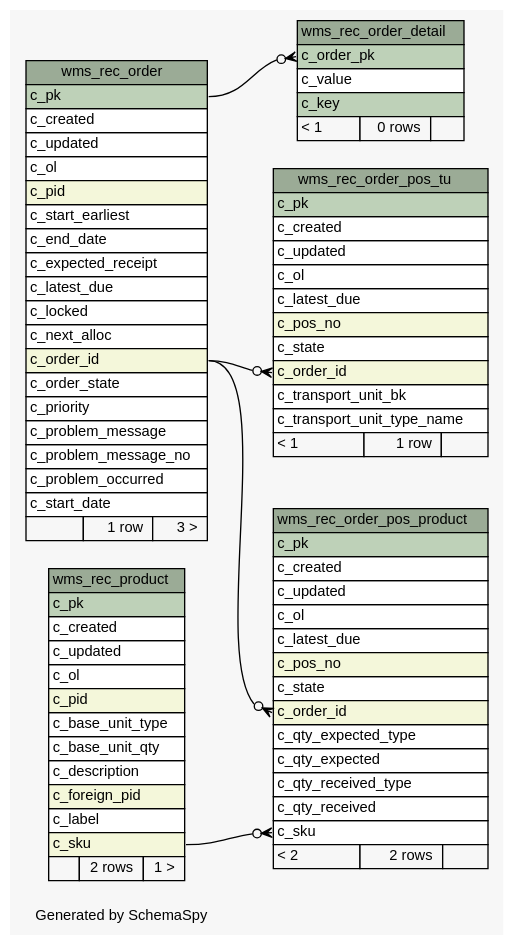
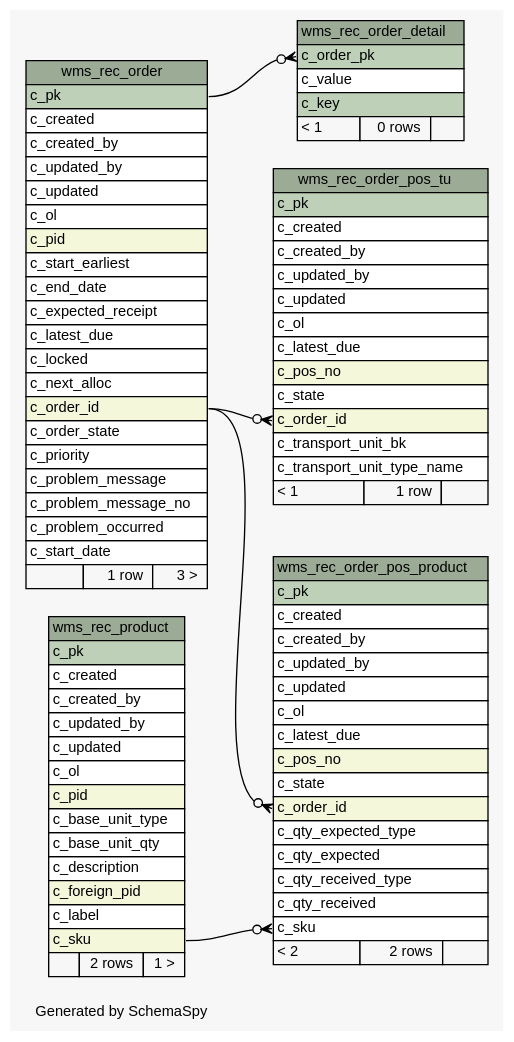
Before and after one commit to openwms/org.openwms.wms.receiving.lib: the diagram in 1.0.0-SNAPSHOT/schemaspy/diagrams/summary/relationships.real.large.dot, drawn with Graphviz. The commit also changed 391 other files, not shown here.

```diff
--- a/1.0.0-SNAPSHOT/schemaspy/diagrams/summary/relationships.real.large.dot
+++ b/1.0.0-SNAPSHOT/schemaspy/diagrams/summary/relationships.real.large.dot
@@ -1,126 +1,134 @@
-// dot 2.43.0 on Linux 5.13.0-1022-azure
+// dot 2.43.0 on Linux 5.13.0-1025-azure
 // SchemaSpy rev Unknown
 digraph "largeRelationshipsDiagram" {
   graph [
     rankdir="RL"
     bgcolor="#f7f7f7"
     label="\nGenerated by SchemaSpy"
     labeljust="l"
     nodesep="0.18"
     ranksep="0.46"
     fontname="Helvetica"
     fontsize="11"
   ];
   node [
     fontname="Helvetica"
     fontsize="11"
     shape="plaintext"
   ];
   edge [
     arrowsize="0.8"
   ];
   "wms_rec_order" [
     label=<
     <TABLE BORDER="0" CELLBORDER="1" CELLSPACING="0" BGCOLOR="#ffffff">
       <TR><TD COLSPAN="3" BGCOLOR="#9bab96" ALIGN="CENTER">wms_rec_order</TD></TR>
       <TR><TD PORT="c_pk" COLSPAN="3" BGCOLOR="#bed1b8" ALIGN="LEFT">c_pk</TD></TR>
       <TR><TD PORT="c_created" COLSPAN="3" ALIGN="LEFT">c_created</TD></TR>
+      <TR><TD PORT="c_created_by" COLSPAN="3" ALIGN="LEFT">c_created_by</TD></TR>
+      <TR><TD PORT="c_updated_by" COLSPAN="3" ALIGN="LEFT">c_updated_by</TD></TR>
       <TR><TD PORT="c_updated" COLSPAN="3" ALIGN="LEFT">c_updated</TD></TR>
       <TR><TD PORT="c_ol" COLSPAN="3" ALIGN="LEFT">c_ol</TD></TR>
       <TR><TD PORT="c_pid" COLSPAN="3" BGCOLOR="#f4f7da" ALIGN="LEFT">c_pid</TD></TR>
       <TR><TD PORT="c_start_earliest" COLSPAN="3" ALIGN="LEFT">c_start_earliest</TD></TR>
       <TR><TD PORT="c_end_date" COLSPAN="3" ALIGN="LEFT">c_end_date</TD></TR>
       <TR><TD PORT="c_expected_receipt" COLSPAN="3" ALIGN="LEFT">c_expected_receipt</TD></TR>
       <TR><TD PORT="c_latest_due" COLSPAN="3" ALIGN="LEFT">c_latest_due</TD></TR>
       <TR><TD PORT="c_locked" COLSPAN="3" ALIGN="LEFT">c_locked</TD></TR>
       <TR><TD PORT="c_next_alloc" COLSPAN="3" ALIGN="LEFT">c_next_alloc</TD></TR>
       <TR><TD PORT="c_order_id" COLSPAN="3" BGCOLOR="#f4f7da" ALIGN="LEFT">c_order_id</TD></TR>
       <TR><TD PORT="c_order_state" COLSPAN="3" ALIGN="LEFT">c_order_state</TD></TR>
       <TR><TD PORT="c_priority" COLSPAN="3" ALIGN="LEFT">c_priority</TD></TR>
       <TR><TD PORT="c_problem_message" COLSPAN="3" ALIGN="LEFT">c_problem_message</TD></TR>
       <TR><TD PORT="c_problem_message_no" COLSPAN="3" ALIGN="LEFT">c_problem_message_no</TD></TR>
       <TR><TD PORT="c_problem_occurred" COLSPAN="3" ALIGN="LEFT">c_problem_occurred</TD></TR>
       <TR><TD PORT="c_start_date" COLSPAN="3" ALIGN="LEFT">c_start_date</TD></TR>
       <TR><TD ALIGN="LEFT" BGCOLOR="#f7f7f7">  </TD><TD ALIGN="RIGHT" BGCOLOR="#f7f7f7">1 row</TD><TD ALIGN="RIGHT" BGCOLOR="#f7f7f7">3 &gt;</TD></TR>
     </TABLE>>
     URL="tables/wms_rec_order.html"
     tooltip="wms_rec_order"
   ];
   "wms_rec_order_detail" [
     label=<
     <TABLE BORDER="0" CELLBORDER="1" CELLSPACING="0" BGCOLOR="#ffffff">
       <TR><TD COLSPAN="3" BGCOLOR="#9bab96" ALIGN="CENTER">wms_rec_order_detail</TD></TR>
       <TR><TD PORT="c_order_pk" COLSPAN="3" BGCOLOR="#bed1b8" ALIGN="LEFT">c_order_pk</TD></TR>
       <TR><TD PORT="c_value" COLSPAN="3" ALIGN="LEFT">c_value</TD></TR>
       <TR><TD PORT="c_key" COLSPAN="3" BGCOLOR="#bed1b8" ALIGN="LEFT">c_key</TD></TR>
       <TR><TD ALIGN="LEFT" BGCOLOR="#f7f7f7">&lt; 1</TD><TD ALIGN="RIGHT" BGCOLOR="#f7f7f7">0 rows</TD><TD ALIGN="RIGHT" BGCOLOR="#f7f7f7">  </TD></TR>
     </TABLE>>
     URL="tables/wms_rec_order_detail.html"
     tooltip="wms_rec_order_detail"
   ];
   "wms_rec_order_pos_product" [
     label=<
     <TABLE BORDER="0" CELLBORDER="1" CELLSPACING="0" BGCOLOR="#ffffff">
       <TR><TD COLSPAN="3" BGCOLOR="#9bab96" ALIGN="CENTER">wms_rec_order_pos_product</TD></TR>
       <TR><TD PORT="c_pk" COLSPAN="3" BGCOLOR="#bed1b8" ALIGN="LEFT">c_pk</TD></TR>
       <TR><TD PORT="c_created" COLSPAN="3" ALIGN="LEFT">c_created</TD></TR>
+      <TR><TD PORT="c_created_by" COLSPAN="3" ALIGN="LEFT">c_created_by</TD></TR>
+      <TR><TD PORT="c_updated_by" COLSPAN="3" ALIGN="LEFT">c_updated_by</TD></TR>
       <TR><TD PORT="c_updated" COLSPAN="3" ALIGN="LEFT">c_updated</TD></TR>
       <TR><TD PORT="c_ol" COLSPAN="3" ALIGN="LEFT">c_ol</TD></TR>
       <TR><TD PORT="c_latest_due" COLSPAN="3" ALIGN="LEFT">c_latest_due</TD></TR>
       <TR><TD PORT="c_pos_no" COLSPAN="3" BGCOLOR="#f4f7da" ALIGN="LEFT">c_pos_no</TD></TR>
       <TR><TD PORT="c_state" COLSPAN="3" ALIGN="LEFT">c_state</TD></TR>
       <TR><TD PORT="c_order_id" COLSPAN="3" BGCOLOR="#f4f7da" ALIGN="LEFT">c_order_id</TD></TR>
       <TR><TD PORT="c_qty_expected_type" COLSPAN="3" ALIGN="LEFT">c_qty_expected_type</TD></TR>
       <TR><TD PORT="c_qty_expected" COLSPAN="3" ALIGN="LEFT">c_qty_expected</TD></TR>
       <TR><TD PORT="c_qty_received_type" COLSPAN="3" ALIGN="LEFT">c_qty_received_type</TD></TR>
       <TR><TD PORT="c_qty_received" COLSPAN="3" ALIGN="LEFT">c_qty_received</TD></TR>
       <TR><TD PORT="c_sku" COLSPAN="3" ALIGN="LEFT">c_sku</TD></TR>
       <TR><TD ALIGN="LEFT" BGCOLOR="#f7f7f7">&lt; 2</TD><TD ALIGN="RIGHT" BGCOLOR="#f7f7f7">2 rows</TD><TD ALIGN="RIGHT" BGCOLOR="#f7f7f7">  </TD></TR>
     </TABLE>>
     URL="tables/wms_rec_order_pos_product.html"
     tooltip="wms_rec_order_pos_product"
   ];
   "wms_rec_order_pos_tu" [
     label=<
     <TABLE BORDER="0" CELLBORDER="1" CELLSPACING="0" BGCOLOR="#ffffff">
       <TR><TD COLSPAN="3" BGCOLOR="#9bab96" ALIGN="CENTER">wms_rec_order_pos_tu</TD></TR>
       <TR><TD PORT="c_pk" COLSPAN="3" BGCOLOR="#bed1b8" ALIGN="LEFT">c_pk</TD></TR>
       <TR><TD PORT="c_created" COLSPAN="3" ALIGN="LEFT">c_created</TD></TR>
+      <TR><TD PORT="c_created_by" COLSPAN="3" ALIGN="LEFT">c_created_by</TD></TR>
+      <TR><TD PORT="c_updated_by" COLSPAN="3" ALIGN="LEFT">c_updated_by</TD></TR>
       <TR><TD PORT="c_updated" COLSPAN="3" ALIGN="LEFT">c_updated</TD></TR>
       <TR><TD PORT="c_ol" COLSPAN="3" ALIGN="LEFT">c_ol</TD></TR>
       <TR><TD PORT="c_latest_due" COLSPAN="3" ALIGN="LEFT">c_latest_due</TD></TR>
       <TR><TD PORT="c_pos_no" COLSPAN="3" BGCOLOR="#f4f7da" ALIGN="LEFT">c_pos_no</TD></TR>
       <TR><TD PORT="c_state" COLSPAN="3" ALIGN="LEFT">c_state</TD></TR>
       <TR><TD PORT="c_order_id" COLSPAN="3" BGCOLOR="#f4f7da" ALIGN="LEFT">c_order_id</TD></TR>
       <TR><TD PORT="c_transport_unit_bk" COLSPAN="3" ALIGN="LEFT">c_transport_unit_bk</TD></TR>
       <TR><TD PORT="c_transport_unit_type_name" COLSPAN="3" ALIGN="LEFT">c_transport_unit_type_name</TD></TR>
       <TR><TD ALIGN="LEFT" BGCOLOR="#f7f7f7">&lt; 1</TD><TD ALIGN="RIGHT" BGCOLOR="#f7f7f7">1 row</TD><TD ALIGN="RIGHT" BGCOLOR="#f7f7f7">  </TD></TR>
     </TABLE>>
     URL="tables/wms_rec_order_pos_tu.html"
     tooltip="wms_rec_order_pos_tu"
   ];
   "wms_rec_product" [
     label=<
     <TABLE BORDER="0" CELLBORDER="1" CELLSPACING="0" BGCOLOR="#ffffff">
       <TR><TD COLSPAN="3" BGCOLOR="#9bab96" ALIGN="CENTER">wms_rec_product</TD></TR>
       <TR><TD PORT="c_pk" COLSPAN="3" BGCOLOR="#bed1b8" ALIGN="LEFT">c_pk</TD></TR>
       <TR><TD PORT="c_created" COLSPAN="3" ALIGN="LEFT">c_created</TD></TR>
+      <TR><TD PORT="c_created_by" COLSPAN="3" ALIGN="LEFT">c_created_by</TD></TR>
+      <TR><TD PORT="c_updated_by" COLSPAN="3" ALIGN="LEFT">c_updated_by</TD></TR>
       <TR><TD PORT="c_updated" COLSPAN="3" ALIGN="LEFT">c_updated</TD></TR>
       <TR><TD PORT="c_ol" COLSPAN="3" ALIGN="LEFT">c_ol</TD></TR>
       <TR><TD PORT="c_pid" COLSPAN="3" BGCOLOR="#f4f7da" ALIGN="LEFT">c_pid</TD></TR>
       <TR><TD PORT="c_base_unit_type" COLSPAN="3" ALIGN="LEFT">c_base_unit_type</TD></TR>
       <TR><TD PORT="c_base_unit_qty" COLSPAN="3" ALIGN="LEFT">c_base_unit_qty</TD></TR>
       <TR><TD PORT="c_description" COLSPAN="3" ALIGN="LEFT">c_description</TD></TR>
       <TR><TD PORT="c_foreign_pid" COLSPAN="3" BGCOLOR="#f4f7da" ALIGN="LEFT">c_foreign_pid</TD></TR>
       <TR><TD PORT="c_label" COLSPAN="3" ALIGN="LEFT">c_label</TD></TR>
       <TR><TD PORT="c_sku" COLSPAN="3" BGCOLOR="#f4f7da" ALIGN="LEFT">c_sku</TD></TR>
       <TR><TD ALIGN="LEFT" BGCOLOR="#f7f7f7">  </TD><TD ALIGN="RIGHT" BGCOLOR="#f7f7f7">2 rows</TD><TD ALIGN="RIGHT" BGCOLOR="#f7f7f7">1 &gt;</TD></TR>
     </TABLE>>
     URL="tables/wms_rec_product.html"
     tooltip="wms_rec_product"
   ];
   "wms_rec_order_detail":"c_order_pk":w -> "wms_rec_order":"c_pk":e [arrowhead=none dir=back arrowtail=crowodot];
   "wms_rec_order_pos_product":"c_order_id":w -> "wms_rec_order":"c_order_id":e [arrowhead=none dir=back arrowtail=crowodot];
   "wms_rec_order_pos_product":"c_sku":w -> "wms_rec_product":"c_sku":e [arrowhead=none dir=back arrowtail=crowodot];
   "wms_rec_order_pos_tu":"c_order_id":w -> "wms_rec_order":"c_order_id":e [arrowhead=none dir=back arrowtail=crowodot];
 }
```
